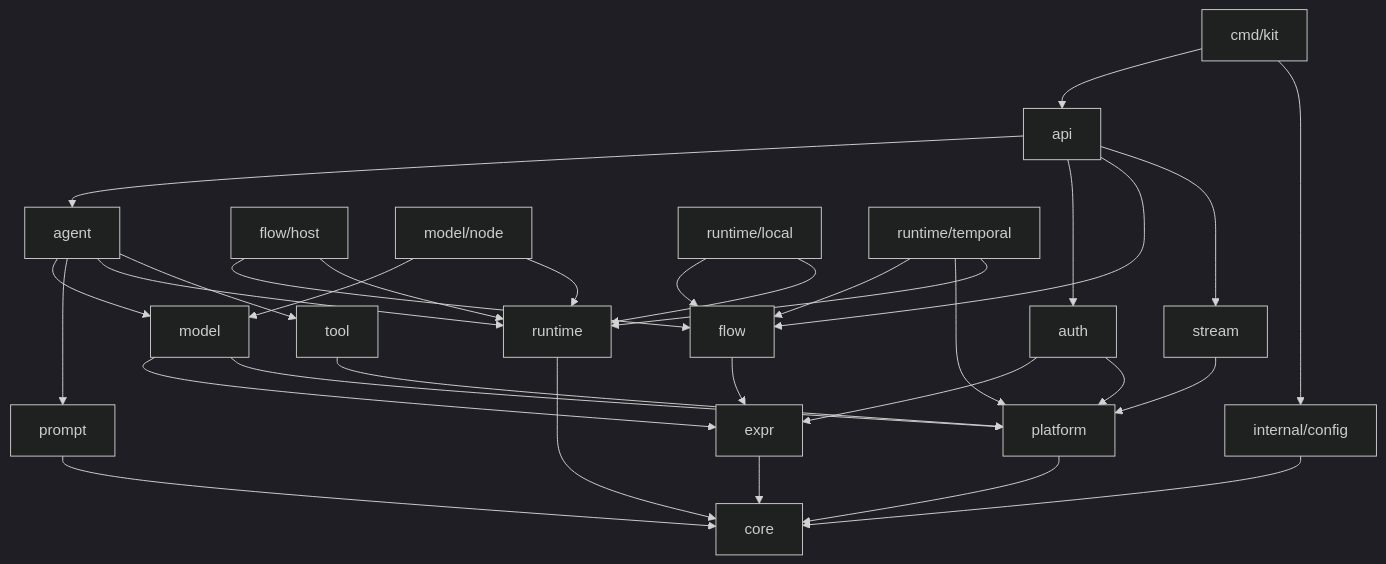
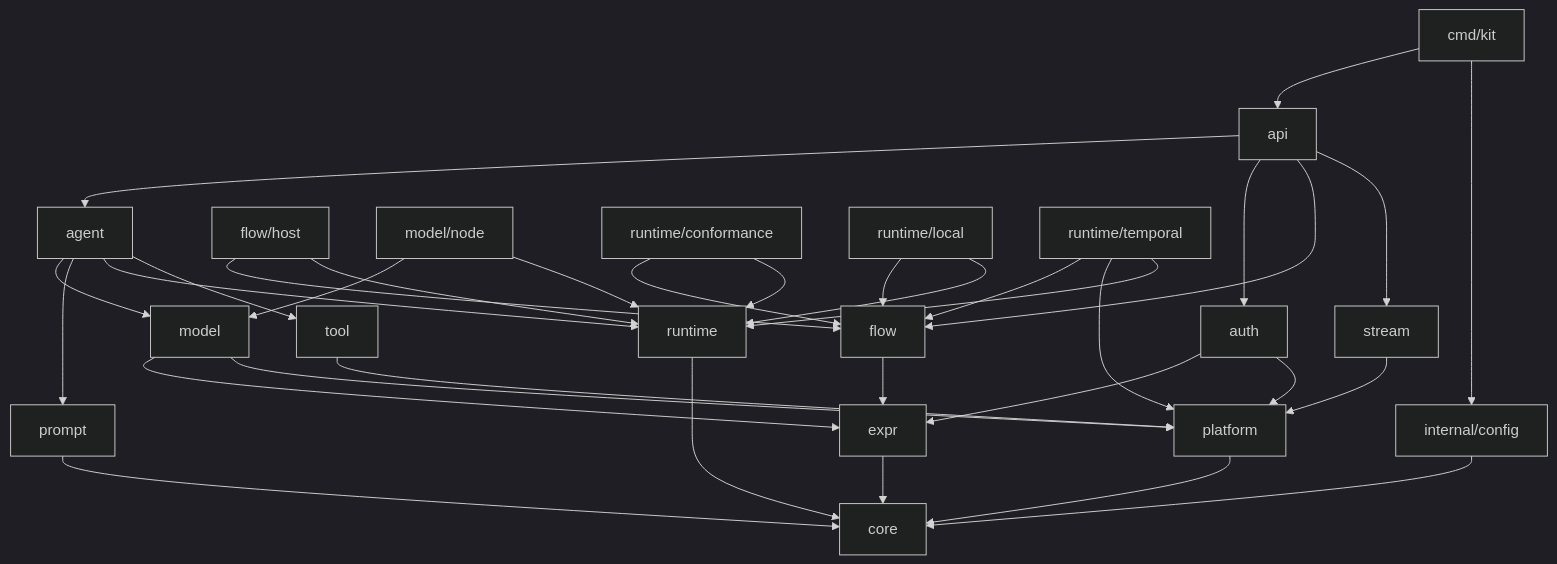
Before and after one commit to epzero/basamento: the diagram in docs/architecture/overview.md, drawn with Mermaid (dark theme). The commit also changed 28 other files, not shown here.

````diff
--- a/docs/architecture/overview.md
+++ b/docs/architecture/overview.md
@@ -55,52 +55,55 @@
 ```mermaid
 flowchart TD
   agent["agent"]
   api["api"]
   auth["auth"]
   cmd_kit["cmd/kit"]
   core["core"]
   expr["expr"]
   flow["flow"]
   flow_host["flow/host"]
   internal_config["internal/config"]
   model["model"]
   model_node["model/node"]
   platform["platform"]
   prompt["prompt"]
   runtime["runtime"]
+  runtime_conformance["runtime/conformance"]
   runtime_local["runtime/local"]
   runtime_temporal["runtime/temporal"]
   stream["stream"]
   tool["tool"]
   agent --> model
   agent --> prompt
   agent --> runtime
   agent --> tool
   api --> agent
   api --> auth
   api --> flow
   api --> stream
   auth --> expr
   auth --> platform
   cmd_kit --> api
   cmd_kit --> internal_config
   expr --> core
   flow --> expr
   flow_host --> flow
   flow_host --> runtime
   internal_config --> core
   model --> expr
   model --> platform
   model_node --> model
   model_node --> runtime
   platform --> core
   prompt --> core
   runtime --> core
+  runtime_conformance --> flow
+  runtime_conformance --> runtime
   runtime_local --> flow
   runtime_local --> runtime
   runtime_temporal --> flow
   runtime_temporal --> platform
   runtime_temporal --> runtime
   stream --> platform
   tool --> platform
 ```
````
